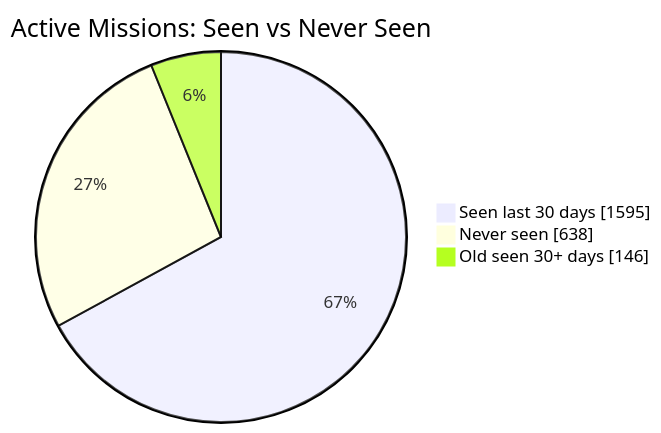
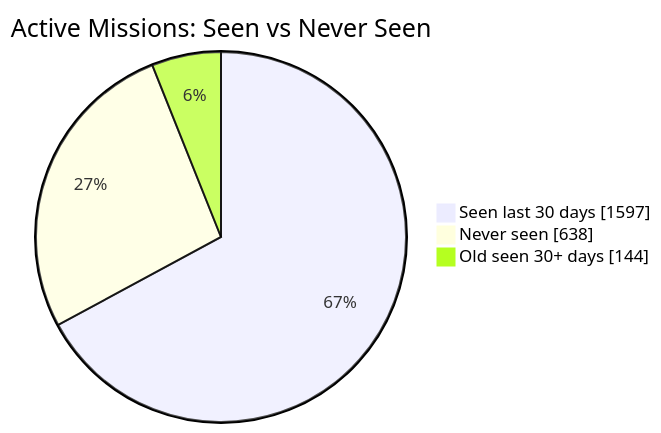
Before and after one commit to MeldkamerspelGameTeam/active-missions: the first of 2 diagrams in README.md, drawn with Mermaid. The commit also changed other lines of this file and 3 other files, not shown here.

````diff
--- a/README.md
+++ b/README.md
@@ -34,7 +34,7 @@
 ```mermaid
 pie showData
     title Active Missions: Seen vs Never Seen
-    "Seen last 30 days" : 1595
+    "Seen last 30 days" : 1597
     "Never seen" : 638
-    "Old seen 30+ days" : 146
+    "Old seen 30+ days" : 144
 ```
````
